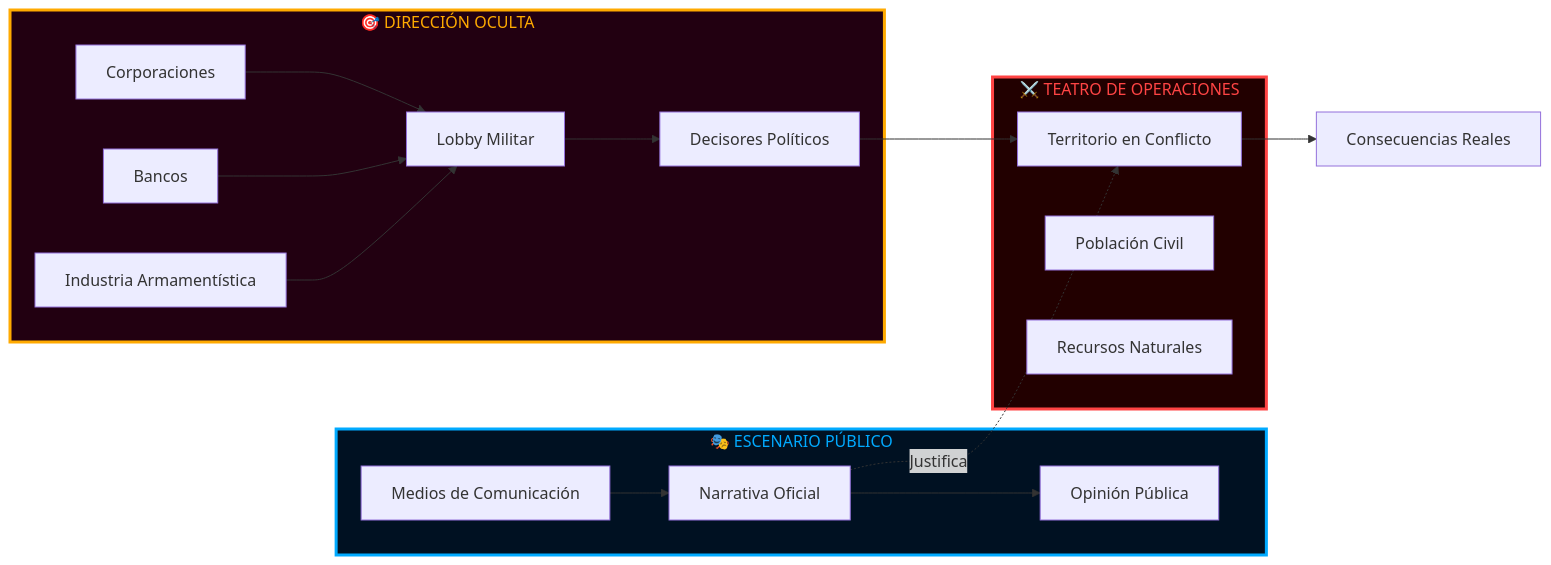
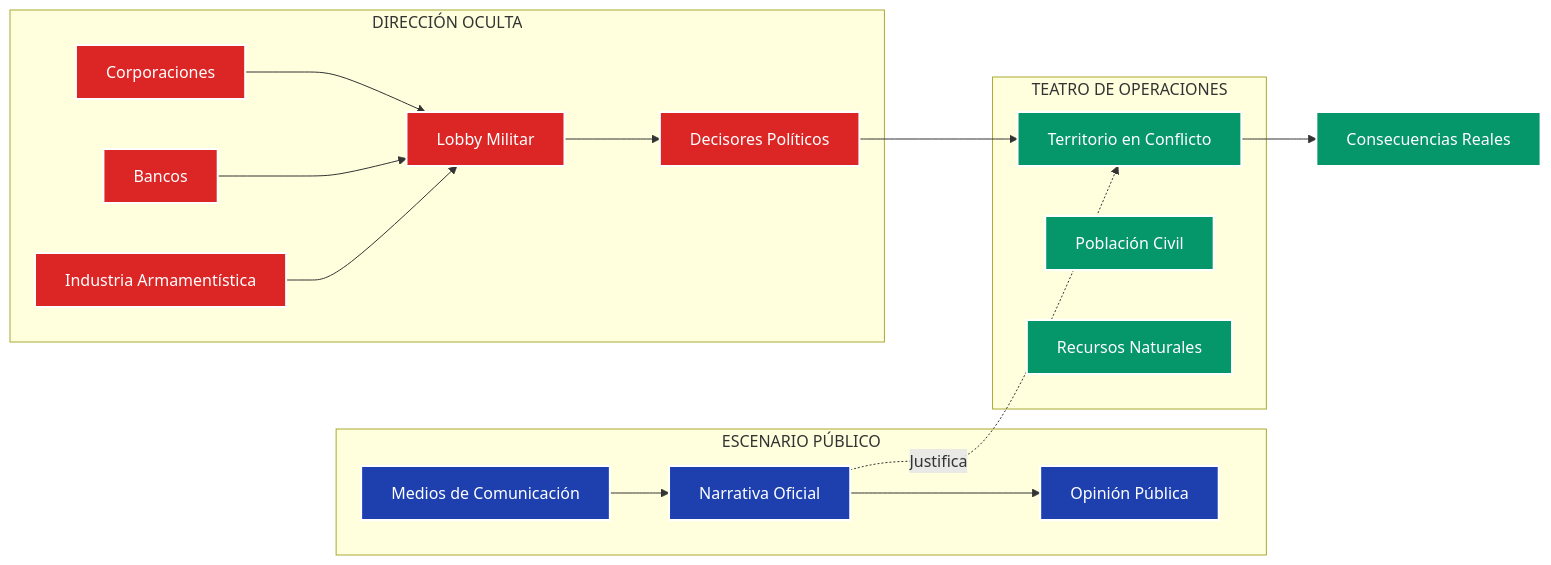
The second of 2 diagrams in politica/geopolitica/teatro-operaciones.md (perpetuocambio/annotations), drawn with Mermaid before and after one commit.

````diff
--- a/politica/geopolitica/teatro-operaciones.md
+++ b/politica/geopolitica/teatro-operaciones.md
@@ -65,28 +65,32 @@
 ```mermaid
 flowchart LR
-    subgraph ESCENARIO["🎭 ESCENARIO PÚBLICO"]
+    subgraph ESCENARIO["ESCENARIO PÚBLICO"]
         A1[Medios de Comunicación] --> B1[Narrativa Oficial]
         B1 --> C1[Opinión Pública]
     end
     
-    subgraph DIRECCION["🎯 DIRECCIÓN OCULTA"]
+    subgraph DIRECCION["DIRECCIÓN OCULTA"]
         A2[Corporaciones] --> B2[Lobby Militar]
         B2 --> C2[Decisores Políticos]
         A3[Bancos] --> B2
         A4[Industria Armamentística] --> B2
     end
     
-    subgraph TEATRO["⚔️ TEATRO DE OPERACIONES"]
+    subgraph TEATRO["TEATRO DE OPERACIONES"]
         D[Territorio en Conflicto]
         E[Población Civil]
         F[Recursos Naturales]
     end
     
     C2 --> D
     B1 -.->|Justifica| D
     D --> G[Consecuencias Reales]
     
-    style ESCENARIO fill:#001122,stroke:#00aaff,stroke-width:3px,color:#00aaff
-    style DIRECCION fill:#220011,stroke:#ffaa00,stroke-width:3px,color:#ffaa00
-    style TEATRO fill:#220000,stroke:#ff4444,stroke-width:3px,color:#ff4444
+    classDef escenario fill:#1e40af,stroke:#ffffff,stroke-width:2px,color:#ffffff
+    classDef direccion fill:#dc2626,stroke:#ffffff,stroke-width:2px,color:#ffffff
+    classDef teatro fill:#059669,stroke:#ffffff,stroke-width:2px,color:#ffffff
+    
+    class A1,B1,C1 escenario
+    class A2,A3,A4,B2,C2 direccion
+    class D,E,F,G teatro
 ```
````
